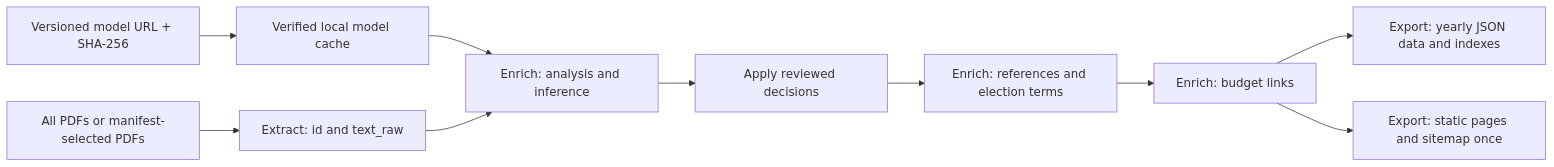
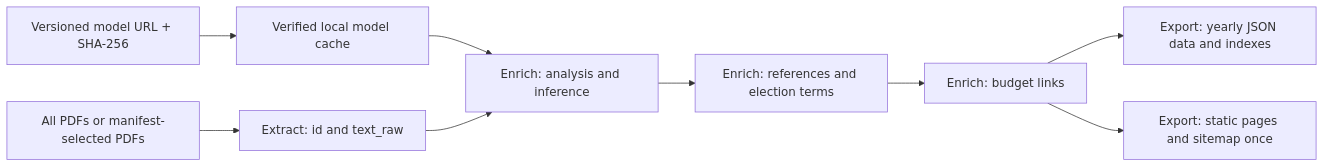
Before and after one commit to litovle/usneseni-mesta: the diagram in docs/classification-architecture.md, drawn with Mermaid. The commit also changed other lines of this file and 16 other files, not shown here.

````diff
--- a/docs/classification-architecture.md
+++ b/docs/classification-architecture.md
@@ -12,12 +12,11 @@
 ```mermaid
 flowchart LR
     PDF[All PDFs or manifest-selected PDFs] --> P1[Extract: id and text_raw]
     Release[Versioned model URL + SHA-256] --> Cache[Verified local model cache]
     Cache --> P3[Enrich: analysis and inference]
     P1 --> P3
-    P3 --> Decisions[Apply reviewed decisions]
-    Decisions --> P4[Enrich: references and election terms]
+    P3 --> P4[Enrich: references and election terms]
     P4 --> Links[Enrich: budget links]
     Links --> Index[Export: yearly JSON data and indexes]
     Links --> Pages[Export: static pages and sitemap once]
 ```
````
